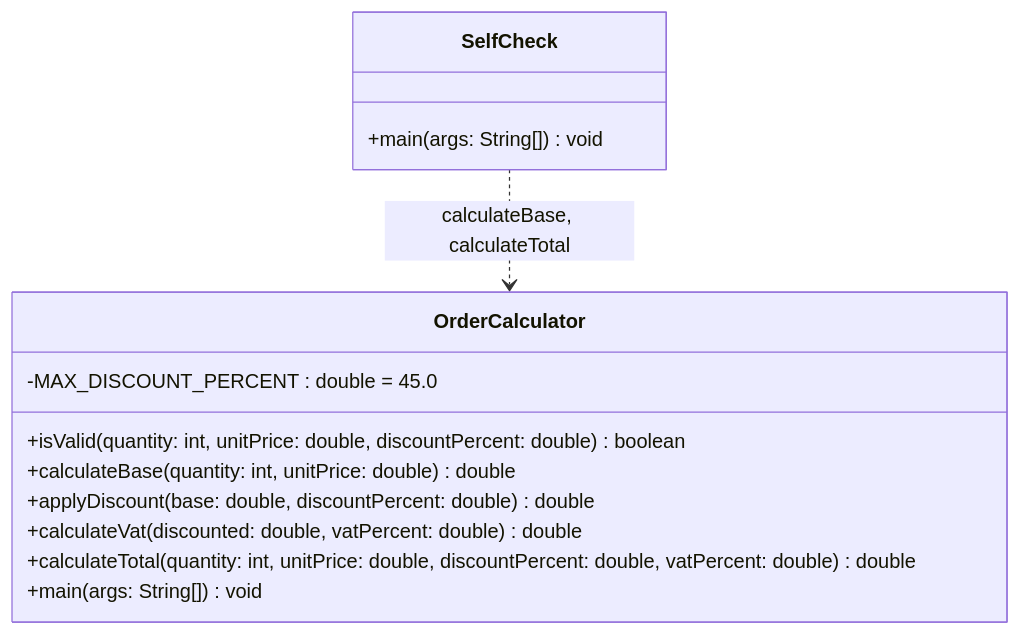
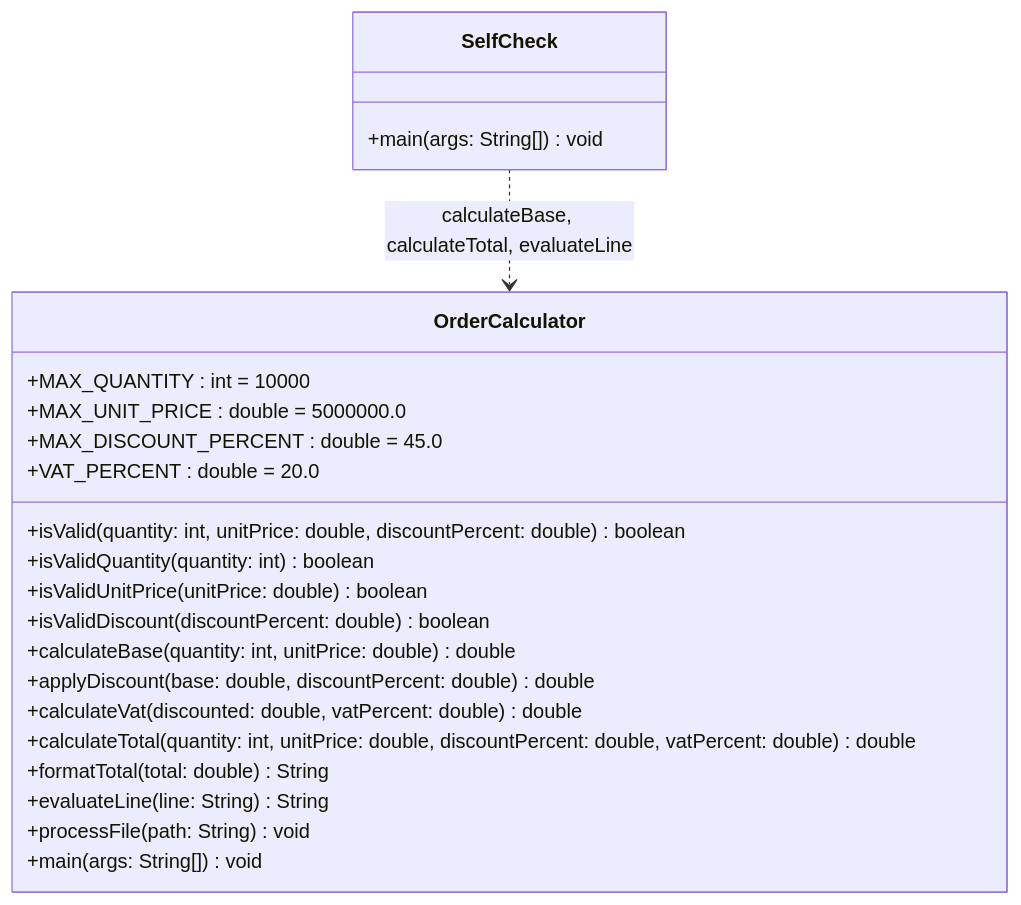
The diagram in practice3-4/CLASS_DIAGRAM.md (kryptoNkn/java_university), drawn with Mermaid before and after one commit. The commit also changed other lines of this file and 4 other files, not shown here.

````diff
--- a/practice3-4/CLASS_DIAGRAM.md
+++ b/practice3-4/CLASS_DIAGRAM.md
@@ -3,18 +3,27 @@
 ```mermaid
 classDiagram
     class OrderCalculator {
-        -MAX_DISCOUNT_PERCENT : double = 45.0
+        +MAX_QUANTITY : int = 10000
+        +MAX_UNIT_PRICE : double = 5000000.0
+        +MAX_DISCOUNT_PERCENT : double = 45.0
+        +VAT_PERCENT : double = 20.0
         +isValid(quantity: int, unitPrice: double, discountPercent: double) boolean
+        +isValidQuantity(quantity: int) boolean
+        +isValidUnitPrice(unitPrice: double) boolean
+        +isValidDiscount(discountPercent: double) boolean
         +calculateBase(quantity: int, unitPrice: double) double
         +applyDiscount(base: double, discountPercent: double) double
         +calculateVat(discounted: double, vatPercent: double) double
         +calculateTotal(quantity: int, unitPrice: double, discountPercent: double, vatPercent: double) double
+        +formatTotal(total: double) String
+        +evaluateLine(line: String) String
+        +processFile(path: String) void
         +main(args: String[]) void
     }
 
     class SelfCheck {
         +main(args: String[]) void
     }
 
-    SelfCheck ..> OrderCalculator : calculateBase, calculateTotal
+    SelfCheck ..> OrderCalculator : calculateBase, calculateTotal, evaluateLine
 ```
````
